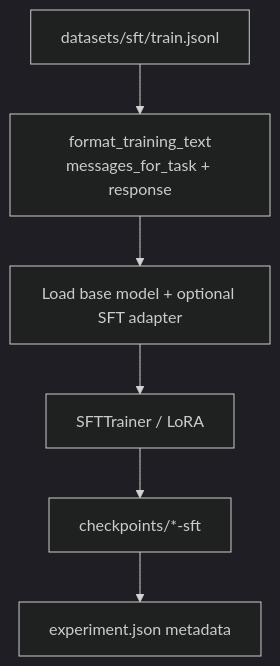
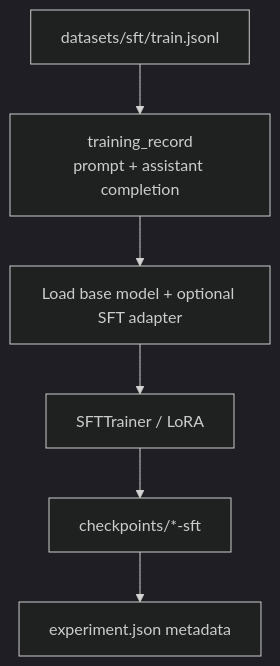
The third of 7 diagrams in docs/workflows.md (shanmukh05/TuneLM), drawn with Mermaid (dark theme) before and after one commit. The commit also changed 48 other files, not shown here.

````diff
--- a/docs/workflows.md
+++ b/docs/workflows.md
@@ -87,8 +87,8 @@
 ```mermaid
 flowchart TD
-  A[datasets/sft/train.jsonl] --> B[format_training_text<br/>messages_for_task + response]
+  A[datasets/sft/train.jsonl] --> B[training_record<br/>prompt + assistant completion]
   B --> C[Load base model + optional SFT adapter]
   C --> D[SFTTrainer / LoRA]
   D --> E[checkpoints/*-sft]
   E --> F[experiment.json metadata]
 ```
````
